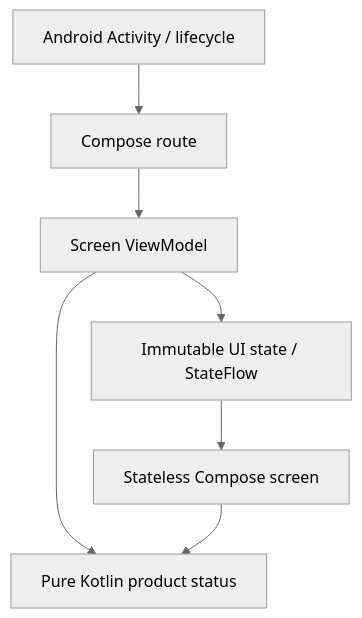
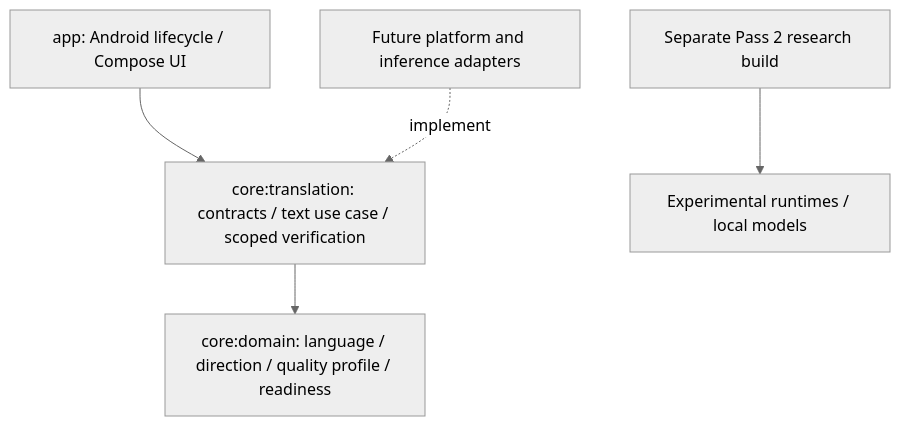
The diagram in docs/ARCHITECTURE.md (Revty79/CommonTongue), drawn with Mermaid (neutral theme) before and after one commit. The commit also changed other lines of this file and 37 other files, not shown here.

Commit message:
feat: define translation capability architecture

````diff
--- a/docs/ARCHITECTURE.md
+++ b/docs/ARCHITECTURE.md
@@ -7,9 +7,7 @@
 ```mermaid
 flowchart TD
-    Activity[Android Activity / lifecycle] --> Route[Compose route]
-    Route --> VM[Screen ViewModel]
-    VM --> State[Immutable UI state / StateFlow]
-    State --> Screen[Stateless Compose screen]
-    VM --> Domain[Pure Kotlin product status]
-    Screen --> Domain
+    App[app: Android lifecycle / Compose UI] --> Translation[core:translation: contracts / text use case / scoped verification]
+    Translation --> Domain[core:domain: language / direction / quality profile / readiness]
+    Future[Future platform and inference adapters] -. implement .-> Translation
+    Lab[Separate Pass 2 research build] --> Research[Experimental runtimes / local models]
 ```
````
